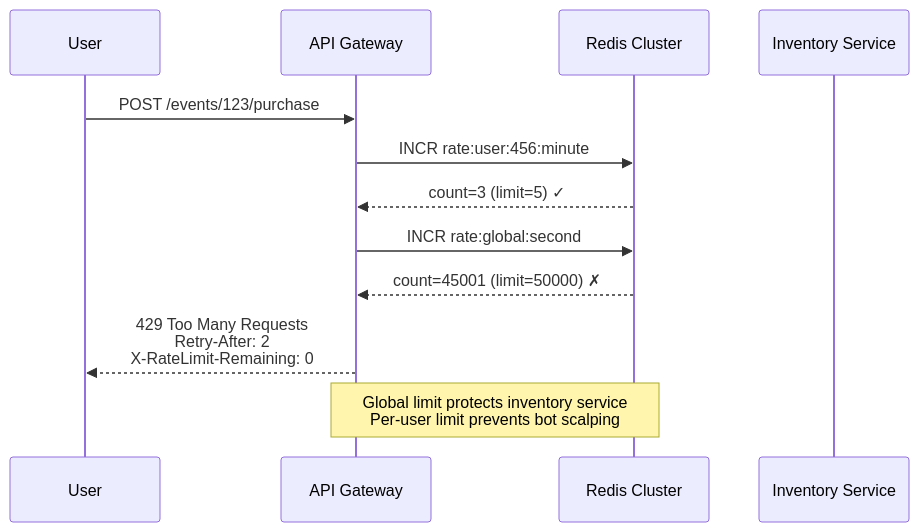
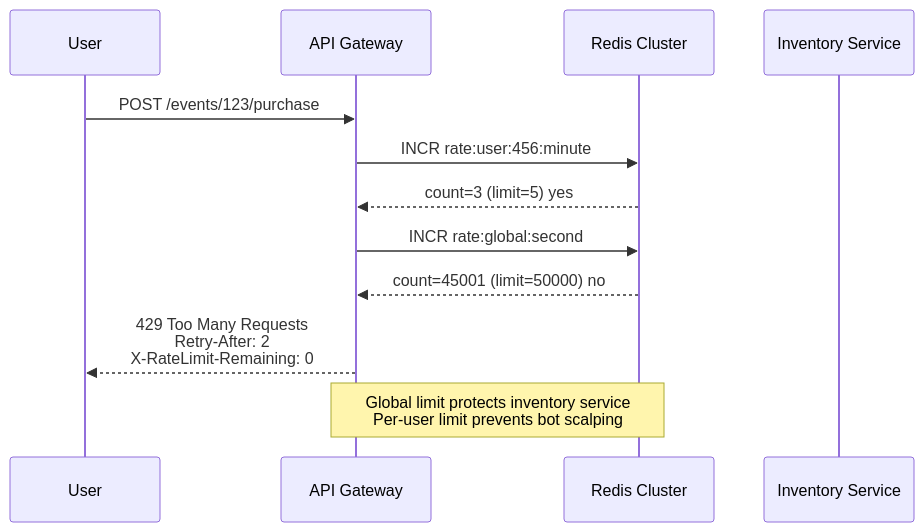
Before and after one commit to billywr/system-design: the eighth of 48 diagrams in 09-infrastructure/34-api-gateway-service-mesh.md, drawn with Mermaid. The commit also changed other lines of this file and 39 other files, not shown here.

````diff
--- a/09-infrastructure/34-api-gateway-service-mesh.md
+++ b/09-infrastructure/34-api-gateway-service-mesh.md
@@ -311,18 +312,18 @@
 ```mermaid
 sequenceDiagram
     participant U as User
     participant GW as API Gateway
     participant REDIS as Redis Cluster
     participant INV as Inventory Service
 
     U->>GW: POST /events/123/purchase
     GW->>REDIS: INCR rate:user:456:minute
-    REDIS-->>GW: count=3 (limit=5) ✓
+    REDIS-->>GW: count=3 (limit=5) yes
 
     GW->>REDIS: INCR rate:global:second
-    REDIS-->>GW: count=45001 (limit=50000) ✗
+    REDIS-->>GW: count=45001 (limit=50000) no
 
     GW-->>U: 429 Too Many Requests<br/>Retry-After: 2<br/>X-RateLimit-Remaining: 0
 
     Note over GW,REDIS: Global limit protects inventory service<br/>Per-user limit prevents bot scalping
 ```
````
